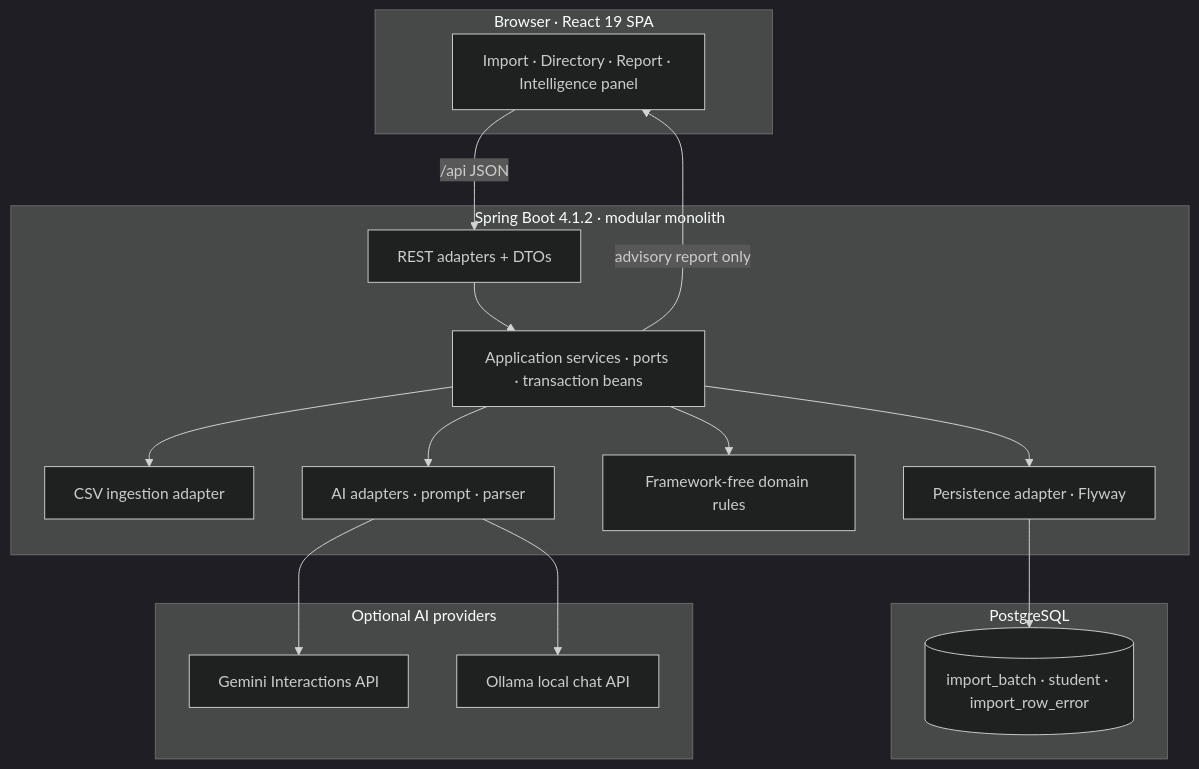
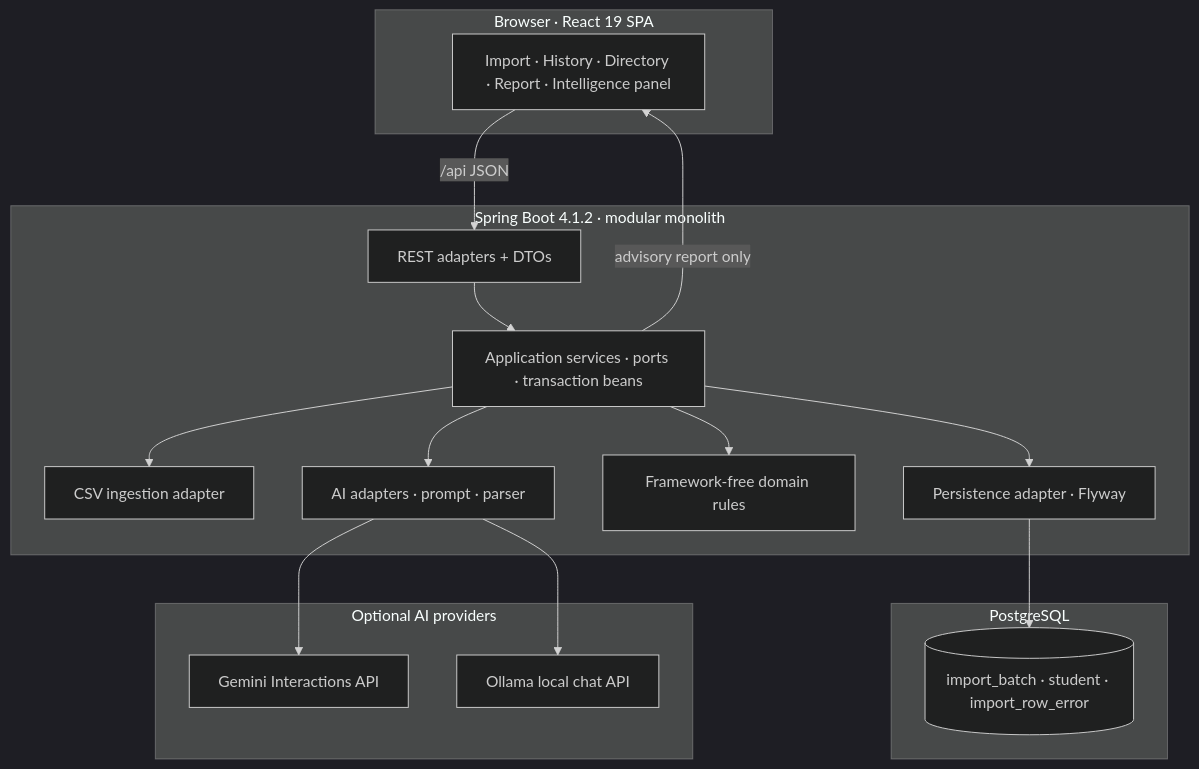
One commit to soubhagya-behera/cleargrade changed the second of 3 diagrams in README.md. Above: the diagram before and after it, drawn with Mermaid (dark theme). The commit also changed other lines of this file and 25 other files, not shown here.

````diff
--- a/README.md
+++ b/README.md
@@ -125,31 +169,31 @@
 ```mermaid
 flowchart TB
     subgraph Client["Browser · React 19 SPA"]
-        UI[Import · Directory · Report · Intelligence panel]
+        UI[Import · History · Directory · Report · Intelligence panel]
     end
     subgraph Server["Spring Boot 4.1.2 · modular monolith"]
         REST[REST adapters + DTOs]
         APP[Application services · ports · transaction beans]
         CSV[CSV ingestion adapter]
         AI[AI adapters · prompt · parser]
         DOMAIN[Framework-free domain rules]
         JPA[Persistence adapter · Flyway]
     end
     subgraph Data["PostgreSQL"]
         DB[(import_batch · student · import_row_error)]
     end
     subgraph Providers["Optional AI providers"]
         GEM[Gemini Interactions API]
         OLL[Ollama local chat API]
     end
     UI -->|/api JSON| REST
     REST --> APP
     APP --> CSV
     APP --> DOMAIN
     APP --> JPA
     APP --> AI
     JPA --> DB
     AI --> GEM
     AI --> OLL
     APP -->|advisory report only| UI
 ```
````
